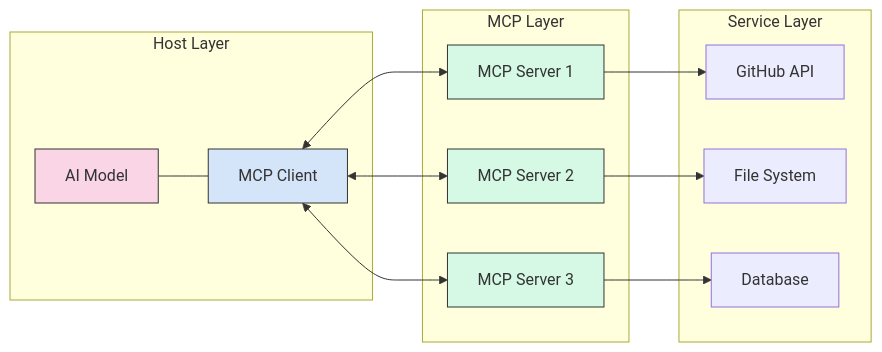
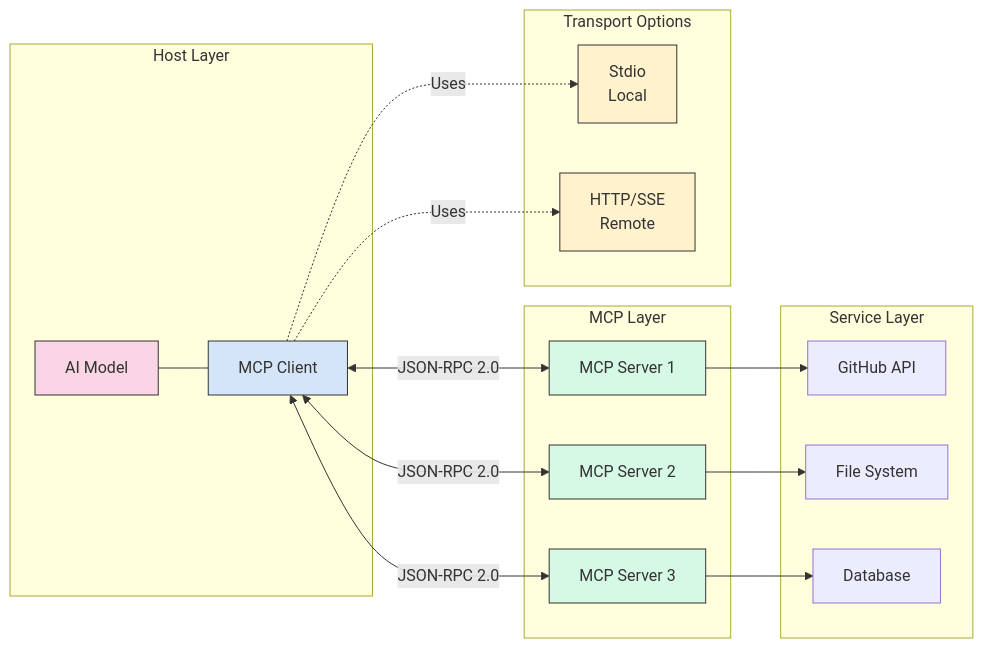
One commit to balupeddireddy08/Model_Context_Protocol_for_AI changed the fourth of 13 diagrams in concept-deep-dive/README.md. Above: the diagram before and after it, drawn with Mermaid. The commit also changed other lines of this file and 2 other files, not shown here.

Commit message:
Add comprehensive JSON-RPC 2.0 documentation with diagrams and examples

````diff
--- a/concept-deep-dive/README.md
+++ b/concept-deep-dive/README.md
@@ -86,24 +86,34 @@
 ```mermaid
 graph LR
     subgraph "Host Layer"
     A[AI Model] --- B[MCP Client]
     end
     
     subgraph "MCP Layer"
-    B <--> C[MCP Server 1]
-    B <--> D[MCP Server 2]
-    B <--> E[MCP Server 3]
+    B <-->|JSON-RPC 2.0| C[MCP Server 1]
+    B <-->|JSON-RPC 2.0| D[MCP Server 2]
+    B <-->|JSON-RPC 2.0| E[MCP Server 3]
     end
     
     subgraph "Service Layer"
     C --> F[GitHub API]
     D --> G[File System]
     E --> H[Database]
     end
     
+    subgraph "Transport Options"
+    I[Stdio<br/>Local]
+    J[HTTP/SSE<br/>Remote]
+    end
+    
+    B -.->|Uses| I
+    B -.->|Uses| J
+    
     style A fill:#f9d5e5,stroke:#333,stroke-width:1px
     style B fill:#d5e5f9,stroke:#333,stroke-width:1px
     style C fill:#d5f9e5,stroke:#333,stroke-width:1px
     style D fill:#d5f9e5,stroke:#333,stroke-width:1px
     style E fill:#d5f9e5,stroke:#333,stroke-width:1px
+    style I fill:#fff2cc,stroke:#333,stroke-width:1px
+    style J fill:#fff2cc,stroke:#333,stroke-width:1px
 ```
````
